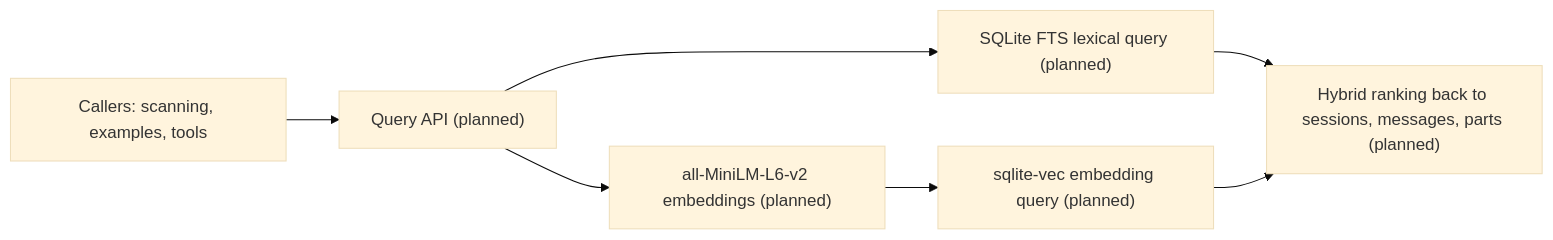
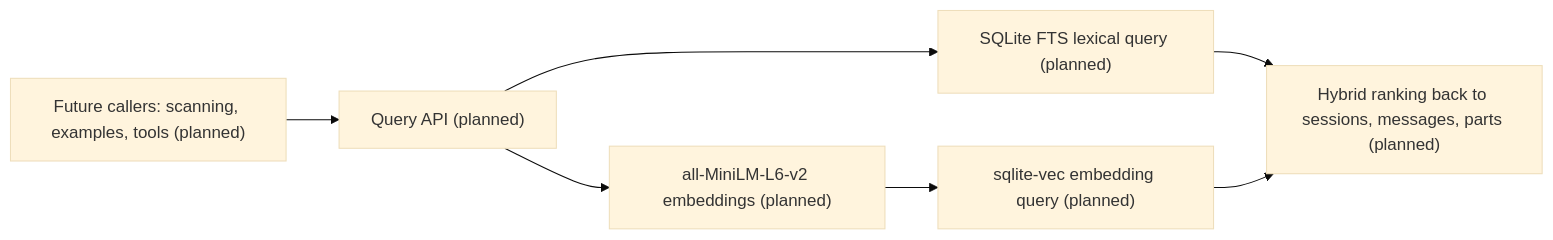
One commit to AnthusAI/BotSpy changed the fourth of 4 diagrams in README.md. Above: the diagram before and after it, drawn with Mermaid (base theme). The commit also changed other lines of this file and 1 other file, not shown here.

````diff
--- a/README.md
+++ b/README.md
@@ -70,15 +301,16 @@
 ```mermaid
 flowchart LR
-    CALLERS["Callers: scanning, examples, tools"]
+    CALLERS["Future callers: scanning, examples, tools (planned)"]
     API["Query API (planned)"]
     LEX["SQLite FTS lexical query (planned)"]
     VEC["sqlite-vec embedding query (planned)"]
     MODEL["all-MiniLM-L6-v2 embeddings (planned)"]
     RANK["Hybrid ranking back to sessions, messages, parts (planned)"]
 
     CALLERS --> API
     API --> LEX
-    API --> MODEL --> VEC
+    API --> MODEL
+    MODEL --> VEC
     LEX --> RANK
     VEC --> RANK
 ```
````
